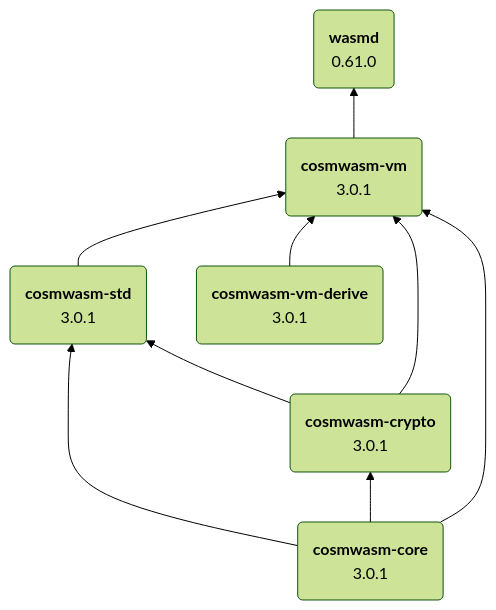
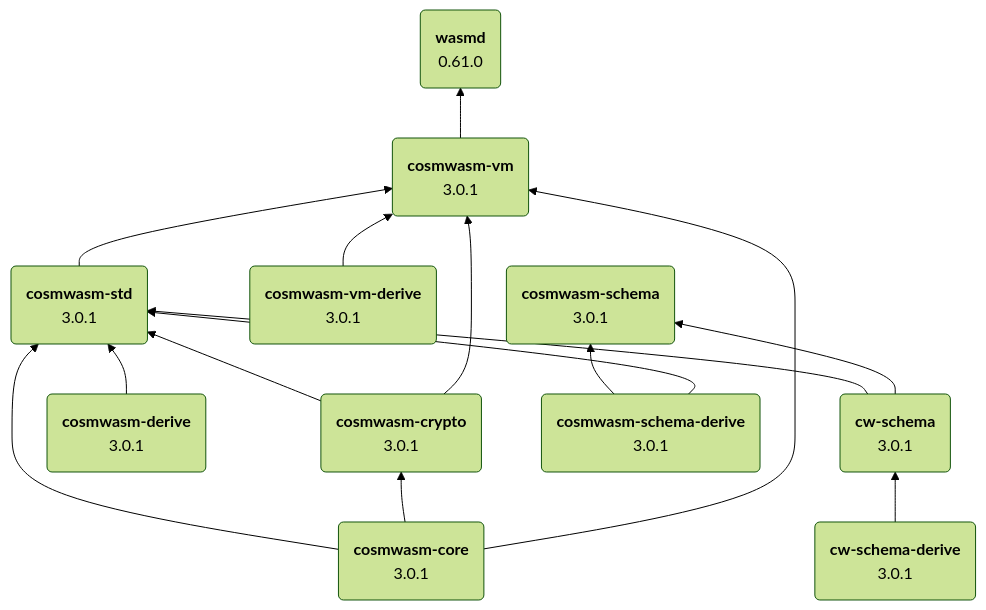
Before and after one commit to DariuszDepta/cosmwasm-notes: the diagram in dependencies/README.md, drawn with Mermaid.

````diff
--- a/dependencies/README.md
+++ b/dependencies/README.md
@@ -5,34 +5,55 @@
 ```mermaid
 ---
 config:
   theme: 'forest'
 ---
 
 flowchart BT
     A("`**cosmwasm-core**
         3.0.1`")
         
     B("`**cosmwasm-std**
         3.0.1`")
             
     C("`**cosmwasm-crypto**
         3.0.1`")
         
     D("`**cosmwasm-vm**
         3.0.1`")
         
     F("`**cosmwasm-vm-derive**
+        3.0.1`")
+        
+    G("`**cosmwasm-derive**
         3.0.1`")    
         
-    E("`**wasmd**
+    H("`**cw-schema**
+        3.0.1`")
+
+    I("`**cw-schema-derive**
+        3.0.1`")
+
+    J("`**cosmwasm-schema**
+        3.0.1`")
+
+    K("`**cosmwasm-schema-derive**
+        3.0.1`")
+
+    W("`**wasmd**
         0.61.0`")        
     
     A --> B
     A --> C
     A --> D
     C --> B
     C --> D
     B --> D
-    D --> E
+    D --> W
     F --> D
+    G --> B
+    H --> B
+    I --> H
+    K --> J
+    K --> B
+    H --> J
 ```
````
